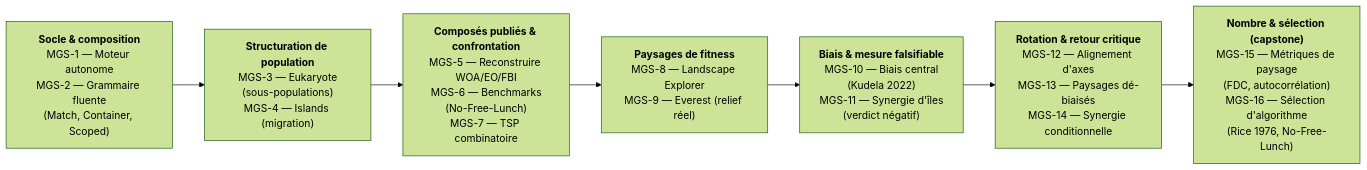
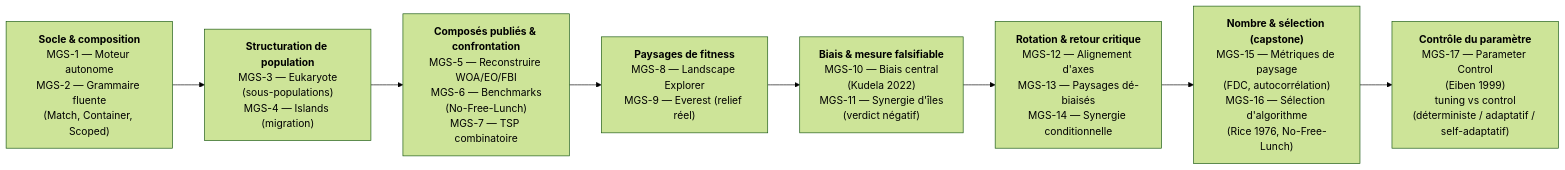
The diagram in MyIA.AI.Notebooks/Search/Part4-Metaheuristics/README.md (jsboige/CoursIA), drawn with Mermaid (forest theme) before and after one commit. The commit also changed other lines of this file, not shown here.

First line of the commit message:
docs(mgs): README Part4 row 17 + huit vagues Mermaid + parcours Eiben 1999 + refs

````diff
--- a/MyIA.AI.Notebooks/Search/Part4-Metaheuristics/README.md
+++ b/MyIA.AI.Notebooks/Search/Part4-Metaheuristics/README.md
@@ -65,11 +66,12 @@
 ```mermaid
 flowchart LR
     W1["<b>Socle &amp; composition</b><br/>MGS-1 — Moteur autonome<br/>MGS-2 — Grammaire fluente<br/>(Match, Container, Scoped)"]
     W2["<b>Structuration de population</b><br/>MGS-3 — Eukaryote<br/>(sous-populations)<br/>MGS-4 — Islands (migration)"]
     W3["<b>Composés publiés &amp; confrontation</b><br/>MGS-5 — Reconstruire WOA/EO/FBI<br/>MGS-6 — Benchmarks<br/>(No-Free-Lunch)<br/>MGS-7 — TSP combinatoire"]
     W4["<b>Paysages de fitness</b><br/>MGS-8 — Landscape Explorer<br/>MGS-9 — Everest (relief réel)"]
     W5["<b>Biais &amp; mesure falsifiable</b><br/>MGS-10 — Biais central<br/>(Kudela 2022)<br/>MGS-11 — Synergie d'îles<br/>(verdict négatif)"]
     W6["<b>Rotation &amp; retour critique</b><br/>MGS-12 — Alignement d'axes<br/>MGS-13 — Paysages dé-biaisés<br/>MGS-14 — Synergie conditionnelle"]
     W7["<b>Nombre &amp; sélection (capstone)</b><br/>MGS-15 — Métriques de paysage<br/>(FDC, autocorrélation)<br/>MGS-16 — Sélection d'algorithme<br/>(Rice 1976, No-Free-Lunch)"]
-    W1 --> W2 --> W3 --> W4 --> W5 --> W6 --> W7
+    W8["<b>Contrôle du paramètre</b><br/>MGS-17 — Parameter Control<br/>(Eiben 1999)<br/>tuning vs control<br/>(déterministe / adaptatif / self-adaptatif)"]
+    W1 --> W2 --> W3 --> W4 --> W5 --> W6 --> W7 --> W8
 ```
````
